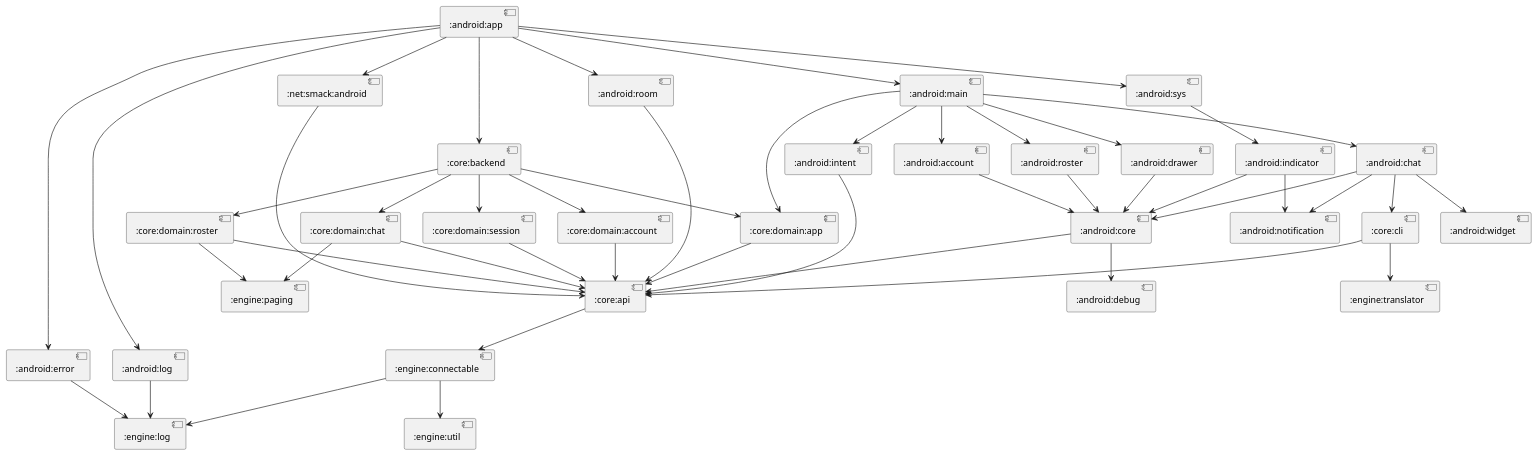
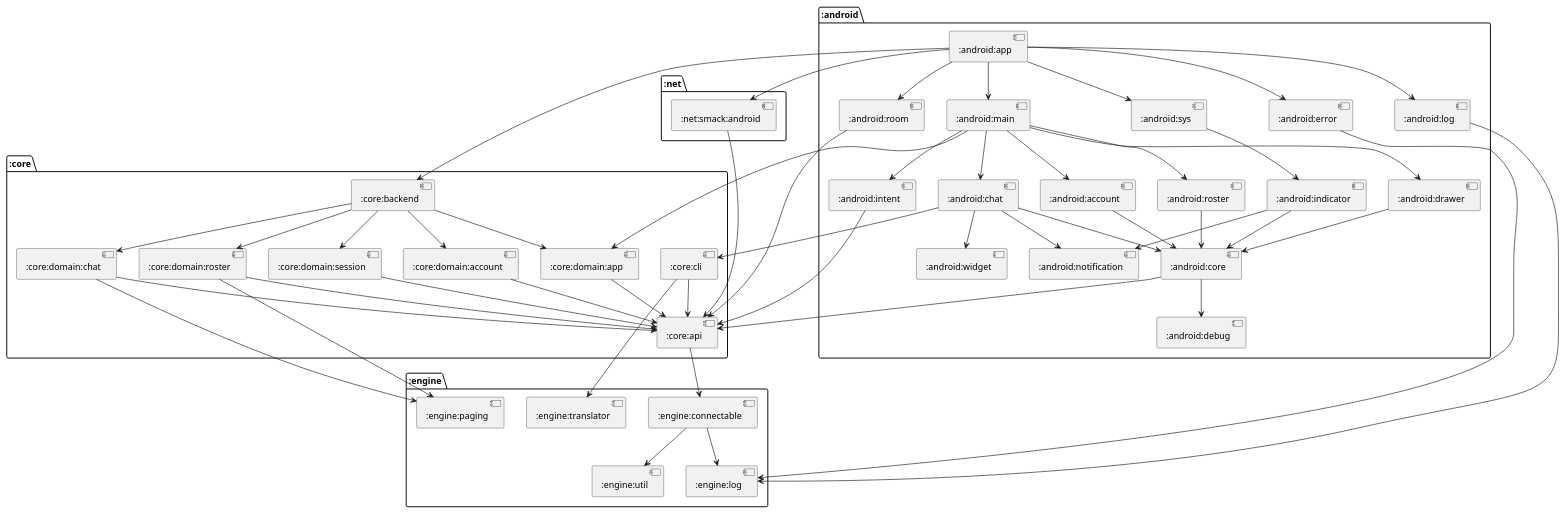
The diagram in docs/modules/puml/:android:app.puml (cryptopunkscc/crypton), drawn with PlantUML before and after one commit. The commit also changed 9 other files, not shown here.

Commit message:
Group modules in uml

```diff
--- a/docs/modules/puml/:android:app.puml
+++ b/docs/modules/puml/:android:app.puml
@@ -1,49 +1,87 @@
 @startuml
+package ":core" {
+[:core:backend]
+[:core:domain:app]
+[:core:domain:session]
+[:core:domain:account]
+[:core:domain:chat]
+[:core:domain:roster]
+[:core:api]
+[:core:cli]
+}
+package ":net" {
+[:net:smack:android]
+}
+package ":android" {
+[:android:room]
+[:android:sys]
+[:android:log]
+[:android:error]
+[:android:main]
+[:android:indicator]
+[:android:core]
+[:android:notification]
+[:android:debug]
+[:android:intent]
+[:android:account]
+[:android:roster]
+[:android:chat]
+[:android:drawer]
+[:android:widget]
+[:android:app]
+}
+package ":engine" {
+[:engine:connectable]
+[:engine:util]
+[:engine:log]
+[:engine:paging]
+[:engine:translator]
+}
 [:core:backend] --> [:core:domain:app]
 [:core:backend] --> [:core:domain:session]
 [:core:backend] --> [:core:domain:account]
 [:core:backend] --> [:core:domain:chat]
 [:core:backend] --> [:core:domain:roster]
 [:net:smack:android] --> [:core:api]
 [:android:room] --> [:core:api]
 [:android:sys] --> [:android:indicator]
 [:android:log] --> [:engine:log]
 [:android:error] --> [:engine:log]
 [:android:main] --> [:android:intent]
 [:android:main] --> [:android:account]
 [:android:main] --> [:android:roster]
 [:android:main] --> [:android:chat]
 [:android:main] --> [:android:drawer]
 [:android:main] --> [:core:domain:app]
 [:core:domain:app] --> [:core:api]
 [:core:domain:session] --> [:core:api]
 [:core:domain:account] --> [:core:api]
 [:core:domain:chat] --> [:engine:paging]
 [:core:domain:chat] --> [:core:api]
 [:core:domain:roster] --> [:engine:paging]
 [:core:domain:roster] --> [:core:api]
 [:core:api] --> [:engine:connectable]
 [:engine:connectable] --> [:engine:util]
 [:engine:connectable] --> [:engine:log]
 [:android:indicator] --> [:android:core]
 [:android:indicator] --> [:android:notification]
 [:android:core] --> [:core:api]
 [:android:core] --> [:android:debug]
 [:android:intent] --> [:core:api]
 [:android:account] --> [:android:core]
 [:android:roster] --> [:android:core]
 [:android:chat] --> [:android:core]
 [:android:chat] --> [:android:notification]
 [:android:chat] --> [:android:widget]
 [:android:chat] --> [:core:cli]
 [:android:drawer] --> [:android:core]
 [:core:cli] --> [:engine:translator]
 [:core:cli] --> [:core:api]
 [:android:app] --> [:core:backend]
 [:android:app] --> [:net:smack:android]
 [:android:app] --> [:android:room]
 [:android:app] --> [:android:sys]
 [:android:app] --> [:android:log]
 [:android:app] --> [:android:error]
 [:android:app] --> [:android:main]
 @enduml
```
